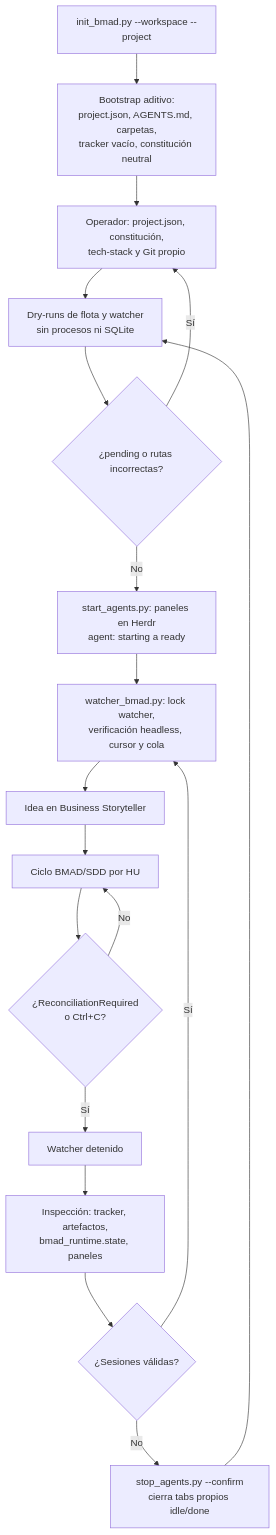
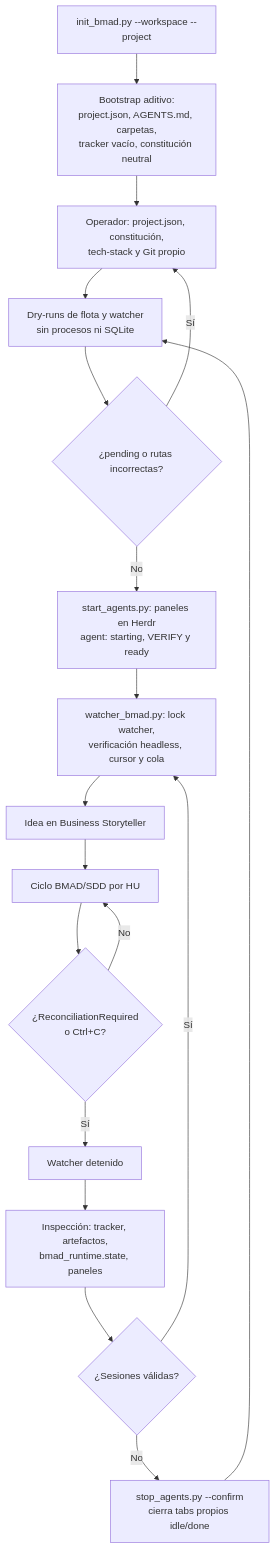
One commit to pauloravicaceres/template-bmad changed the fifth of 21 diagrams in ARCHITECTURE.md. Above: the diagram before and after it, drawn with Mermaid. The commit also changed other lines of this file and 39 other files, not shown here.

````diff
--- a/ARCHITECTURE.md
+++ b/ARCHITECTURE.md
@@ -216,20 +229,20 @@
 ```mermaid
 flowchart TD
     A["init_bmad.py --workspace --project"] --> B["Bootstrap aditivo:<br/>project.json, AGENTS.md, carpetas,<br/>tracker vacío, constitución neutral"]
     B --> C["Operador: project.json, constitución,<br/>tech-stack y Git propio"]
     C --> D["Dry-runs de flota y watcher<br/>sin procesos ni SQLite"]
     D --> E{"¿pending o rutas incorrectas?"}
     E -->|"Sí"| C
-    E -->|"No"| F["start_agents.py: paneles en Herdr<br/>agent: starting a ready"]
+    E -->|"No"| F["start_agents.py: paneles en Herdr<br/>agent: starting, VERIFY y ready"]
     F --> G["watcher_bmad.py: lock watcher,<br/>verificación headless, cursor y cola"]
     G --> H["Idea en Business Storyteller"]
     H --> I["Ciclo BMAD/SDD por HU"]
     I --> J{"¿ReconciliationRequired<br/>o Ctrl+C?"}
     J -->|"No"| I
     J -->|"Sí"| K["Watcher detenido"]
     K --> L["Inspección: tracker, artefactos,<br/>bmad_runtime.state, paneles"]
     L --> M{"¿Sesiones válidas?"}
     M -->|"Sí"| G
     M -->|"No"| N["stop_agents.py --confirm<br/>cierra tabs propios idle/done"]
     N --> D
 ```
````
